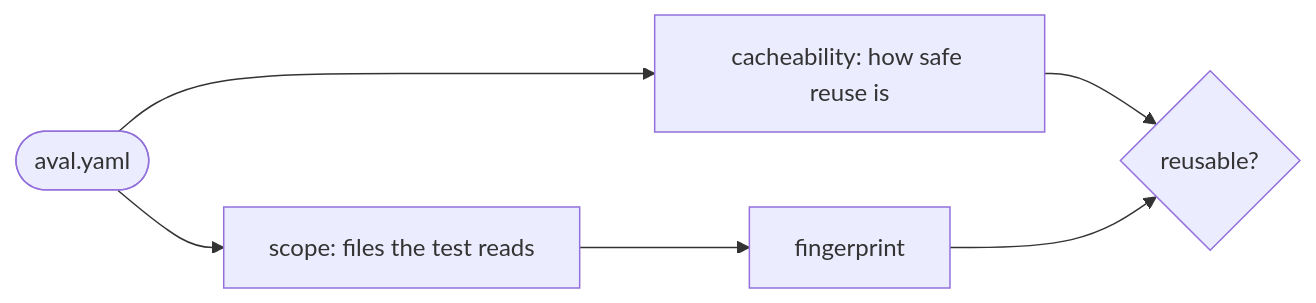
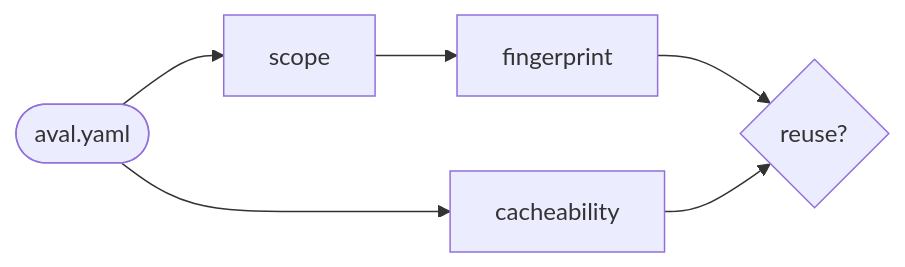
One commit to TrianaLab/aval changed the diagram in docs/guides/write-a-contract.md. Above: the diagram before and after it, drawn with Mermaid. The commit also changed other lines of this file and 151 other files, not shown here.

````diff
--- a/docs/guides/write-a-contract.md
+++ b/docs/guides/write-a-contract.md
@@ -6,6 +6,5 @@
 ```mermaid
 flowchart LR
-  c([aval.yaml]) --> s[scope: files the test reads] --> fp[fingerprint]
-  c --> k[cacheability: how safe reuse is] --> d{reusable?}
-  fp --> d
+  c([aval.yaml]) --> s[scope] --> fp[fingerprint] --> d{reuse?}
+  c --> k[cacheability] --> d
 ```
````
